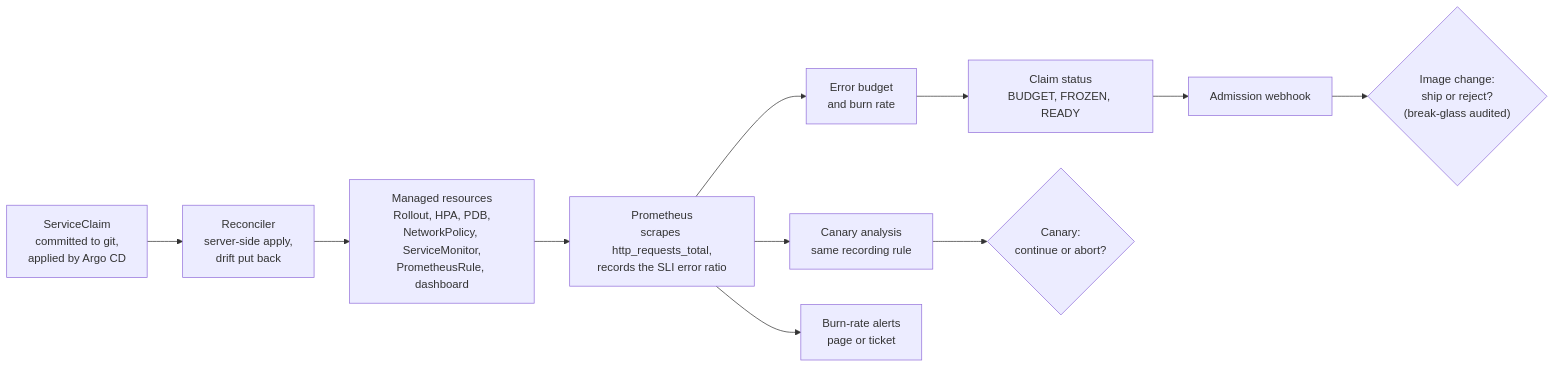
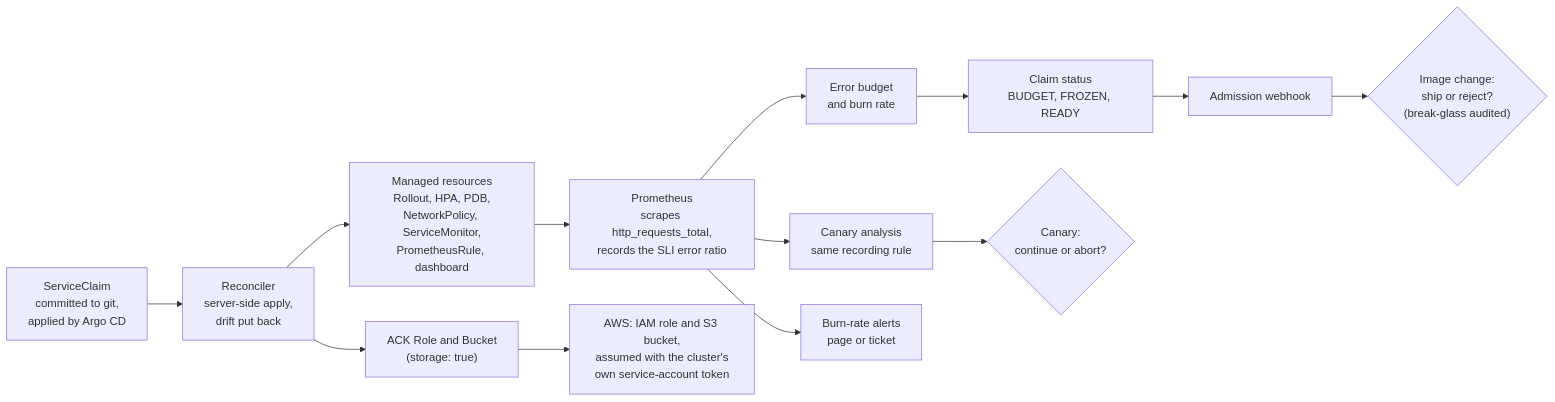
Before and after one commit to singha105/Paved: the diagram in README.md, drawn with Mermaid. The commit also changed other lines of this file and 2 other files, not shown here.

First line of the commit message:
feat: workload identity federation to AWS with per-claim IAM role and S3 bucket

````diff
--- a/README.md
+++ b/README.md
@@ -54,13 +56,15 @@
 ```mermaid
 flowchart LR
     claim["ServiceClaim<br/>committed to git,<br/>applied by Argo CD"] --> reconciler["Reconciler<br/>server-side apply,<br/>drift put back"]
     reconciler --> resources["Managed resources<br/>Rollout, HPA, PDB,<br/>NetworkPolicy, ServiceMonitor,<br/>PrometheusRule, dashboard"]
     resources --> prometheus["Prometheus<br/>scrapes http_requests_total,<br/>records the SLI error ratio"]
     prometheus --> burn["Error budget<br/>and burn rate"]
     burn --> status["Claim status<br/>BUDGET, FROZEN, READY"]
     status --> webhook["Admission webhook"]
     webhook --> decision{"Image change:<br/>ship or reject?<br/>(break-glass audited)"}
     prometheus --> analysis["Canary analysis<br/>same recording rule"]
     analysis --> canary{"Canary:<br/>continue or abort?"}
     prometheus --> alerts["Burn-rate alerts<br/>page or ticket"]
+    reconciler --> ack["ACK Role and Bucket<br/>(storage: true)"]
+    ack --> aws["AWS: IAM role and S3 bucket,<br/>assumed with the cluster's<br/>own service-account token"]
 ```
````
